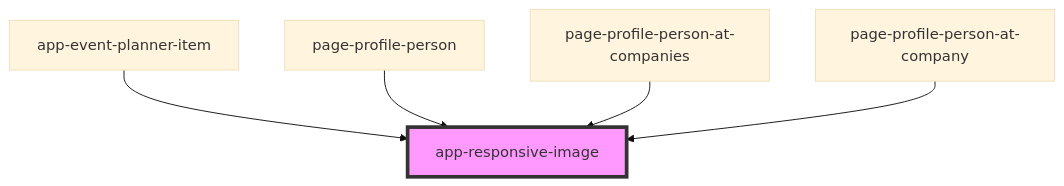
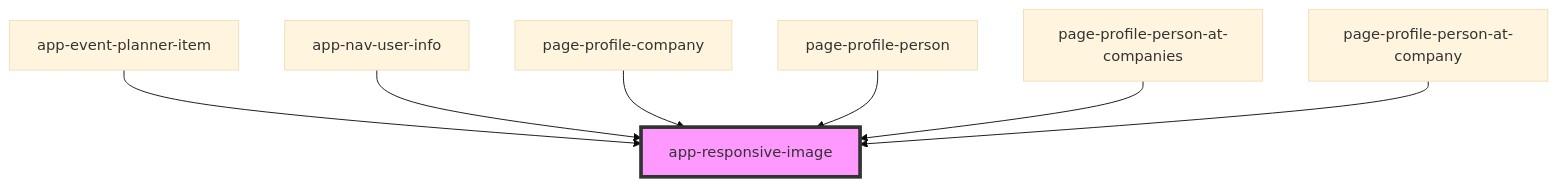
The diagram in iconeventnetwork-web/src/components/app-responsive-image/readme.md (lokheed/IconEventNetwork.Web), drawn with Mermaid (base theme) before and after one commit. The commit also changed other lines of this file and 13 other files, not shown here.

````diff
--- a/iconeventnetwork-web/src/components/app-responsive-image/readme.md
+++ b/iconeventnetwork-web/src/components/app-responsive-image/readme.md
@@ -28,8 +30,10 @@
 ```mermaid
 graph TD;
   app-event-planner-item --> app-responsive-image
+  app-nav-user-info --> app-responsive-image
+  page-profile-company --> app-responsive-image
   page-profile-person --> app-responsive-image
   page-profile-person-at-companies --> app-responsive-image
   page-profile-person-at-company --> app-responsive-image
   style app-responsive-image fill:#f9f,stroke:#333,stroke-width:4px
 ```
````
